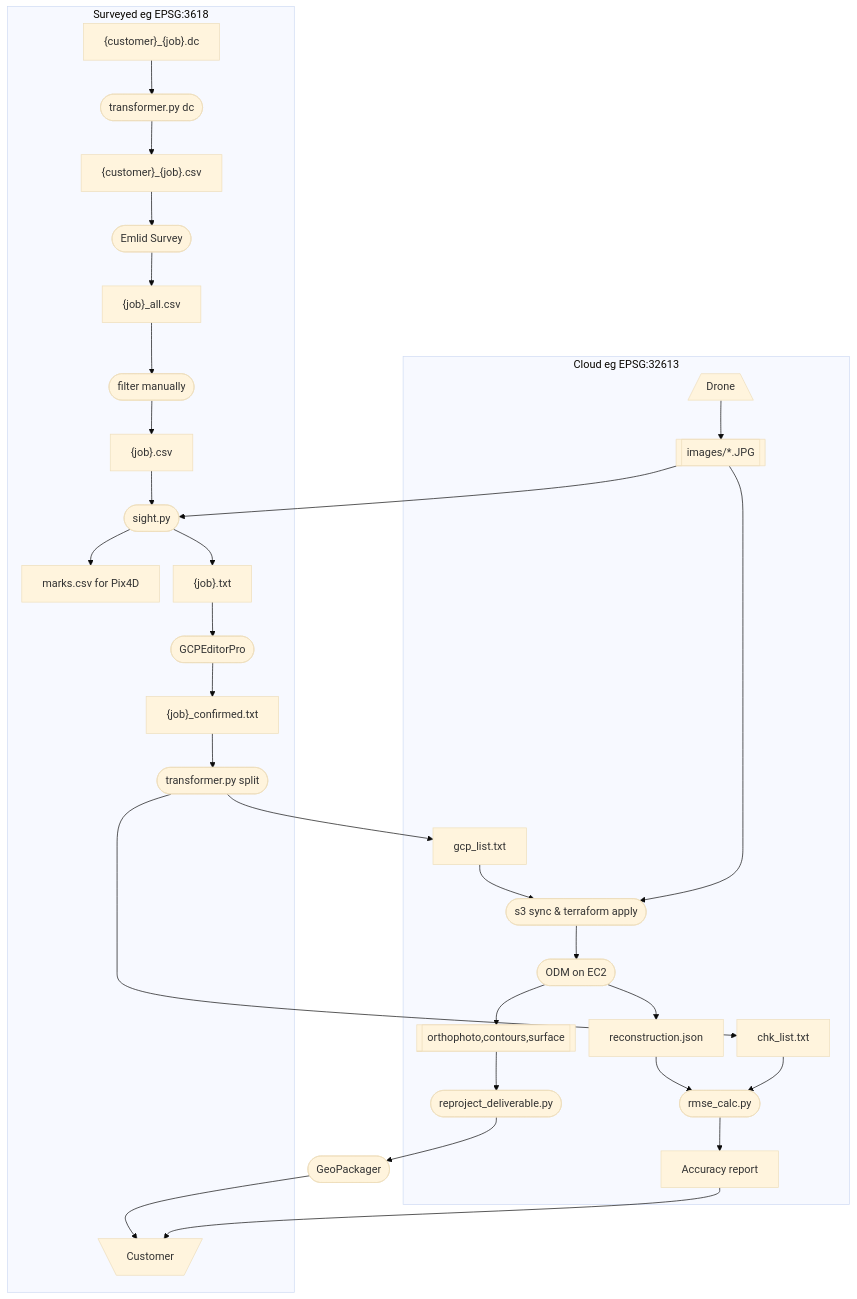
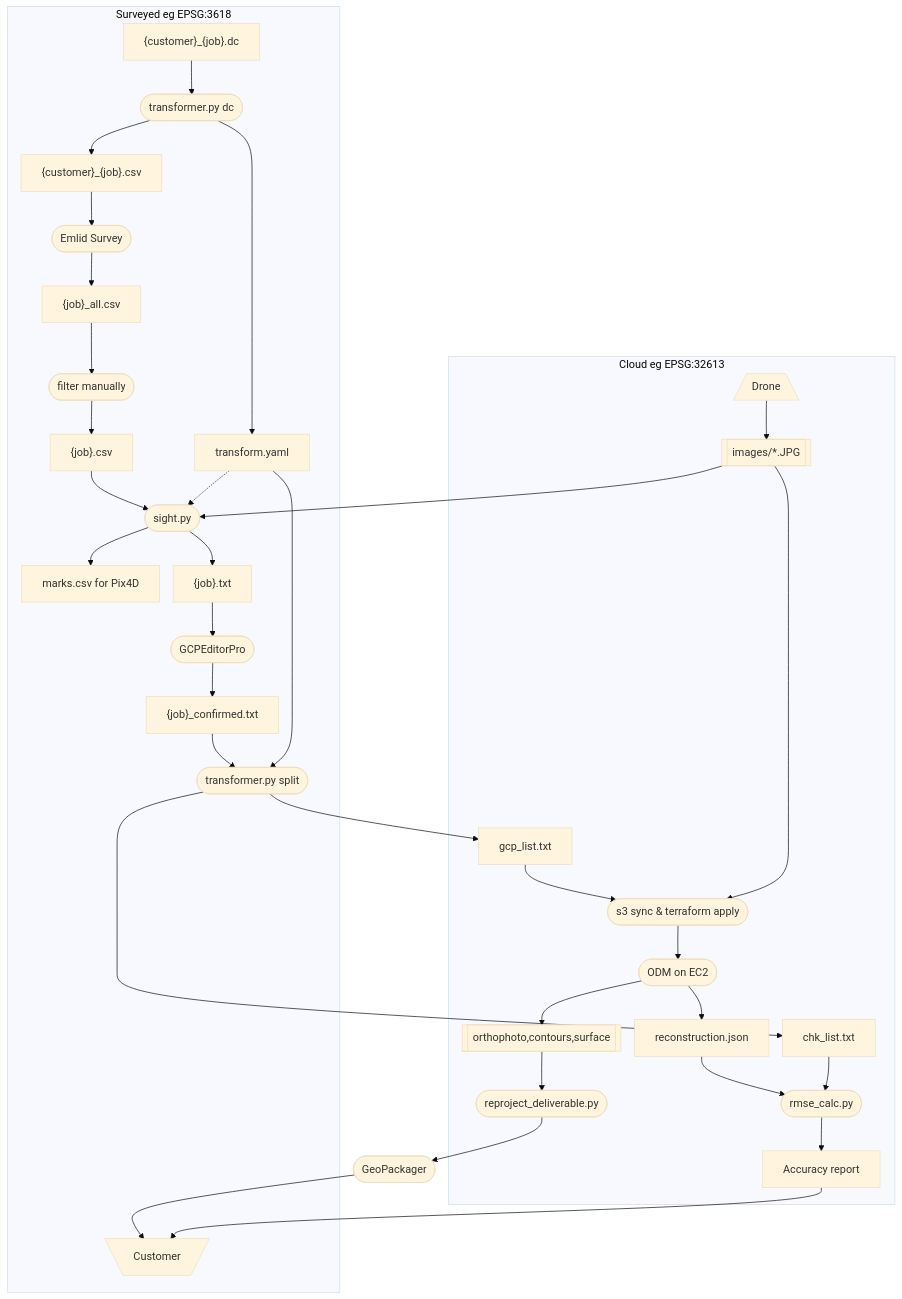
One commit to jrstear/geo changed the diagram in docs/odm-workflow.md. Above: the diagram before and after it, drawn with Mermaid.

Commit message:
docs: add transform.yaml to workflow diagram
Shows transform.yaml written by transformer.py dc, solid arrow to
transformer.py split and dashed arrow (optional) to sight.py.

````diff
--- a/docs/odm-workflow.md
+++ b/docs/odm-workflow.md
@@ -9,58 +9,62 @@
 ```mermaid
 %%{init: {'theme': 'base', 'flowchart': {'nodeSpacing': 20}}}%%
 flowchart TD
     cust_dc["{customer}_{job}.dc"]
     extract(["transformer.py dc"])
     cust_csv["{customer}_{job}.csv"]
+    transform_yaml["transform.yaml"]
     emlid(["Emlid Survey"])
     all["{job}_all.csv"]
     filter(["filter manually"])
     filtered["{job}.csv"]
     sight(["sight.py"])
     marks["marks.csv for Pix4D"]
     targets["{job}.txt"]
     gcpeditor(["GCPEditorPro"])
     confirmed["{job}_confirmed.txt"]
     prepare(["transformer.py split"])
     control["gcp_list.txt"]
     check["chk_list.txt"]
     s3(["s3 sync & terraform apply"])
     odm(["ODM on EC2"])
     rmse(["rmse_calc.py"])
     drone[/"Drone"\]
     images[["images/*.JPG"]]
     deliverables[["orthophoto,contours,surface"]]
     reproject(["reproject_deliverable.py"])
     packager(["GeoPackager"])
     report["Accuracy report"]
     model["reconstruction.json"]
     customer[\"Customer"/]
 
 	subgraph Surveyed eg EPSG:3618
 	    cust_dc --> extract --> cust_csv --> emlid
+	    extract --> transform_yaml
 	    emlid --> all --> filter --> filtered
 	    filtered --> sight --> targets
 	    sight --> marks
+	    transform_yaml -.-> sight
 	    targets --> gcpeditor
 	    gcpeditor --> confirmed
 	    confirmed --> prepare
+	    transform_yaml --> prepare
 	    customer
 	end
     
     subgraph Cloud eg EPSG:32613
 	    drone --> images
 	    prepare --> control
 	    prepare --> check
 	    control --> s3
 	    s3 --> odm --> deliverables
 	    odm --> model --> rmse
 	    check --> rmse --> report
             deliverables --> reproject
 	end
 
     images --> sight
     images --> s3
     reproject --> packager --> customer
     report --> customer
 
 ```
````
